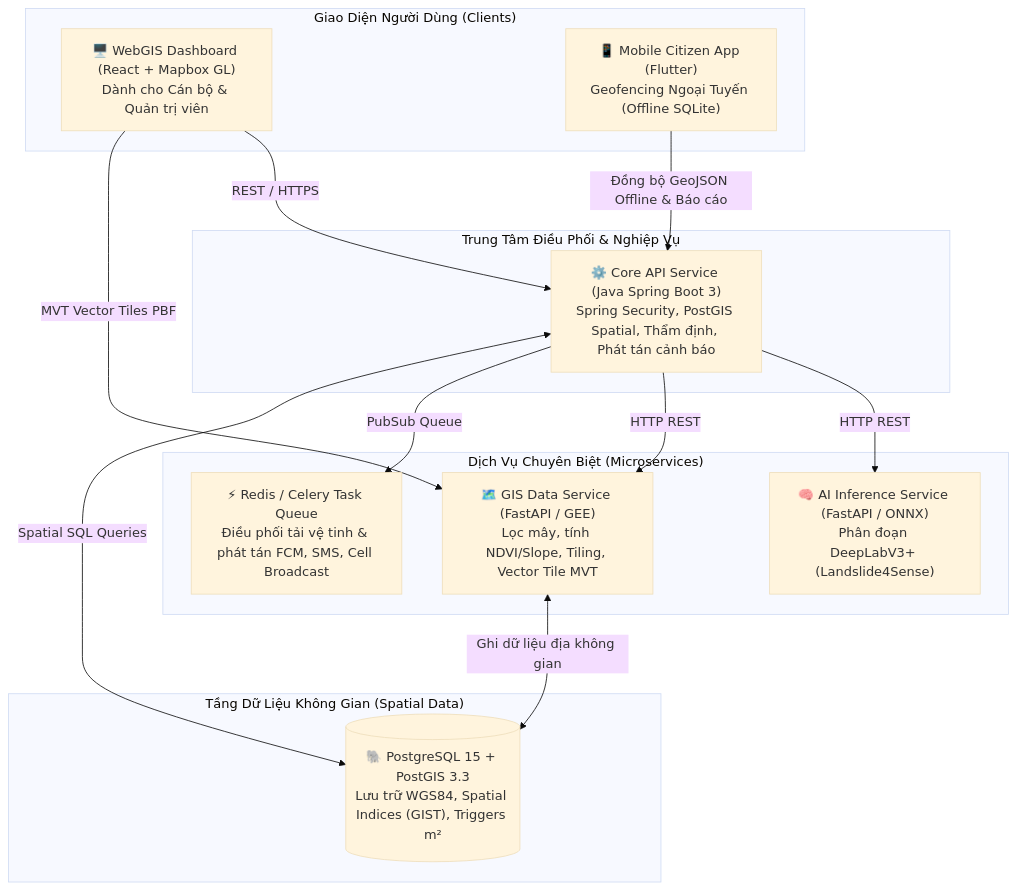
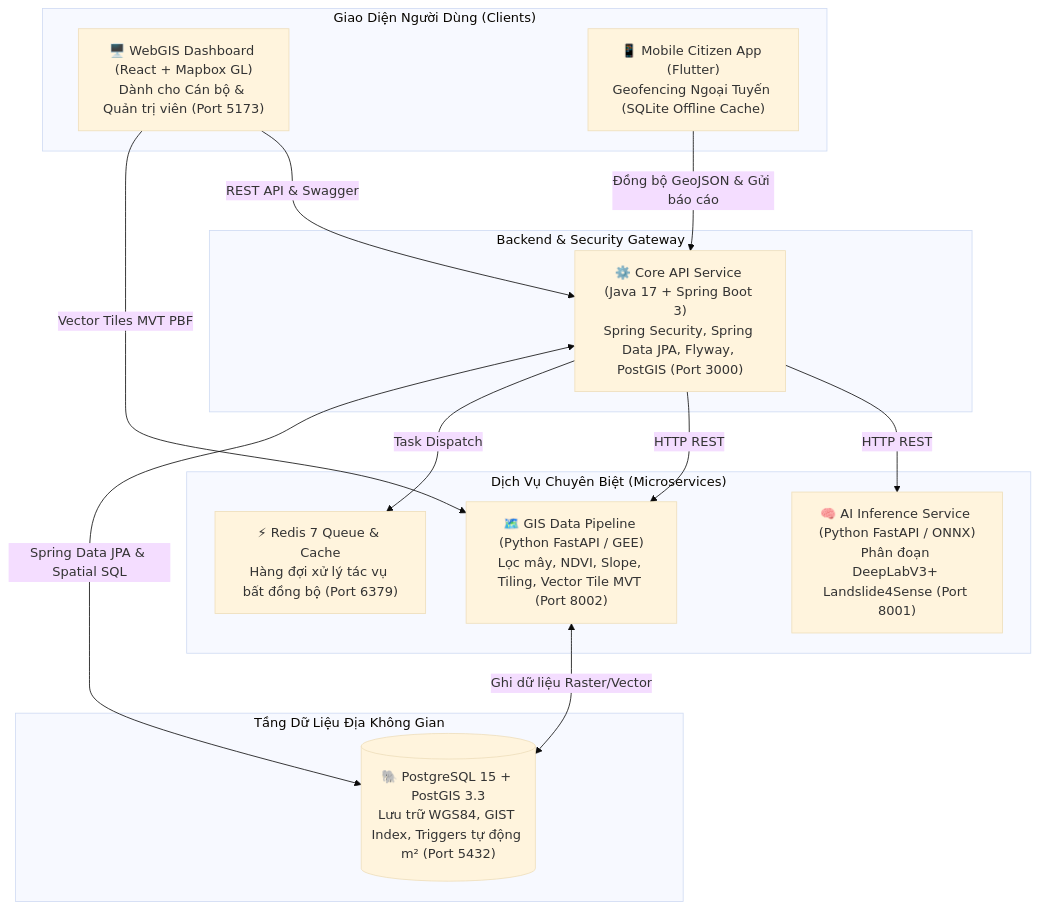
The diagram in README.md (Duan0603/TerraWatch), drawn with Mermaid (base theme) before and after one commit. The commit also changed other lines of this file and 10 other files, not shown here.

Commit message:
docs: complete project run guide, tree structure, API spec, and Flyway/CLI migrations

````diff
--- a/README.md
+++ b/README.md
@@ -41,31 +43,31 @@
 ```mermaid
 graph TD
     subgraph Clients ["Giao Diện Người Dùng (Clients)"]
-        WebGIS["🖥️ WebGIS Dashboard (React + Mapbox GL)<br/>Dành cho Cán bộ & Quản trị viên"]
-        MobileApp["📱 Mobile Citizen App (Flutter)<br/>Geofencing Ngoại Tuyến (Offline SQLite)"]
+        WebGIS["🖥️ WebGIS Dashboard (React + Mapbox GL)<br/>Dành cho Cán bộ & Quản trị viên (Port 5173)"]
+        MobileApp["📱 Mobile Citizen App (Flutter)<br/>Geofencing Ngoại Tuyến (SQLite Offline Cache)"]
     end
 
-    subgraph GatewayCore ["Trung Tâm Điều Phối & Nghiệp Vụ"]
-        CoreAPI["⚙️ Core API Service (Java Spring Boot 3)<br/>Spring Security, PostGIS Spatial, Thẩm định, Phát tán cảnh báo"]
+    subgraph CoreBackend ["Backend & Security Gateway"]
+        CoreAPI["⚙️ Core API Service (Java 17 + Spring Boot 3)<br/>Spring Security, Spring Data JPA, Flyway, PostGIS (Port 3000)"]
     end
 
-    subgraph Microservices ["Dịch Vụ Chuyên Biệt (Microservices)"]
-        AIService["🧠 AI Inference Service (FastAPI / ONNX)<br/>Phân đoạn DeepLabV3+ (Landslide4Sense)"]
-        GISService["🗺️ GIS Data Service (FastAPI / GEE)<br/>Lọc mây, tính NDVI/Slope, Tiling, Vector Tile MVT"]
-        RedisWorker["⚡ Redis / Celery Task Queue<br/>Điều phối tải vệ tinh & phát tán FCM, SMS, Cell Broadcast"]
+    subgraph SpecializedServices ["Dịch Vụ Chuyên Biệt (Microservices)"]
+        AIService["🧠 AI Inference Service (Python FastAPI / ONNX)<br/>Phân đoạn DeepLabV3+ Landslide4Sense (Port 8001)"]
+        GISService["🗺️ GIS Data Pipeline (Python FastAPI / GEE)<br/>Lọc mây, NDVI, Slope, Tiling, Vector Tile MVT (Port 8002)"]
+        RedisQueue["⚡ Redis 7 Queue & Cache<br/>Hàng đợi xử lý tác vụ bất đồng bộ (Port 6379)"]
     end
 
-    subgraph DataStorage ["Tầng Dữ Liệu Không Gian (Spatial Data)"]
-        PostGIS[("🐘 PostgreSQL 15 + PostGIS 3.3<br/>Lưu trữ WGS84, Spatial Indices (GIST), Triggers m²")]
+    subgraph SpatialData ["Tầng Dữ Liệu Địa Không Gian"]
+        PostGIS[("🐘 PostgreSQL 15 + PostGIS 3.3<br/>Lưu trữ WGS84, GIST Index, Triggers tự động m² (Port 5432)")]
     end
 
-    WebGIS -->|REST / HTTPS| CoreAPI
-    WebGIS -->|MVT Vector Tiles PBF| GISService
-    MobileApp -->|Đồng bộ GeoJSON Offline & Báo cáo| CoreAPI
+    WebGIS -->|REST API & Swagger| CoreAPI
+    WebGIS -->|Vector Tiles MVT PBF| GISService
+    MobileApp -->|Đồng bộ GeoJSON & Gửi báo cáo| CoreAPI
 
     CoreAPI -->|HTTP REST| AIService
     CoreAPI -->|HTTP REST| GISService
-    CoreAPI -->|PubSub Queue| RedisWorker
-    CoreAPI <-->|Spatial SQL Queries| PostGIS
-    GISService <-->|Ghi dữ liệu địa không gian| PostGIS
+    CoreAPI -->|Task Dispatch| RedisQueue
+    CoreAPI <-->|Spring Data JPA & Spatial SQL| PostGIS
+    GISService <-->|Ghi dữ liệu Raster/Vector| PostGIS
 ```
````
